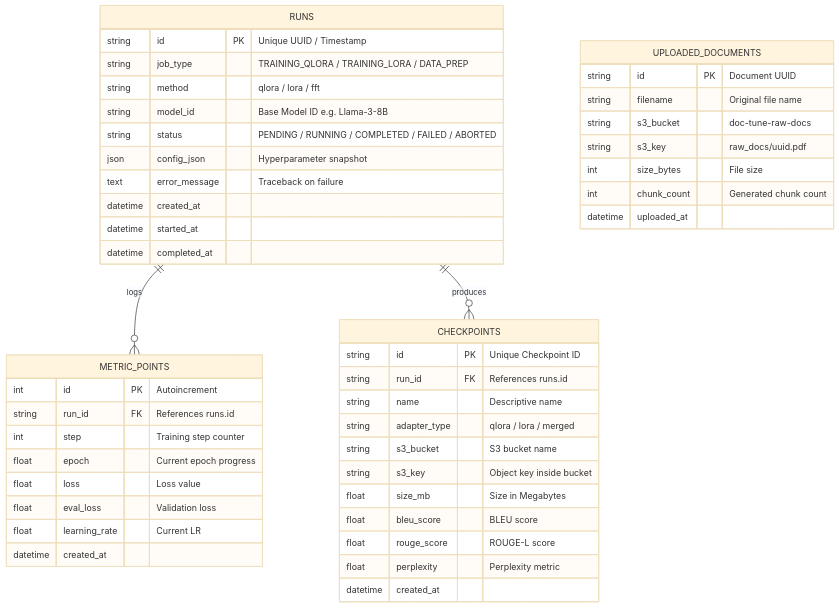
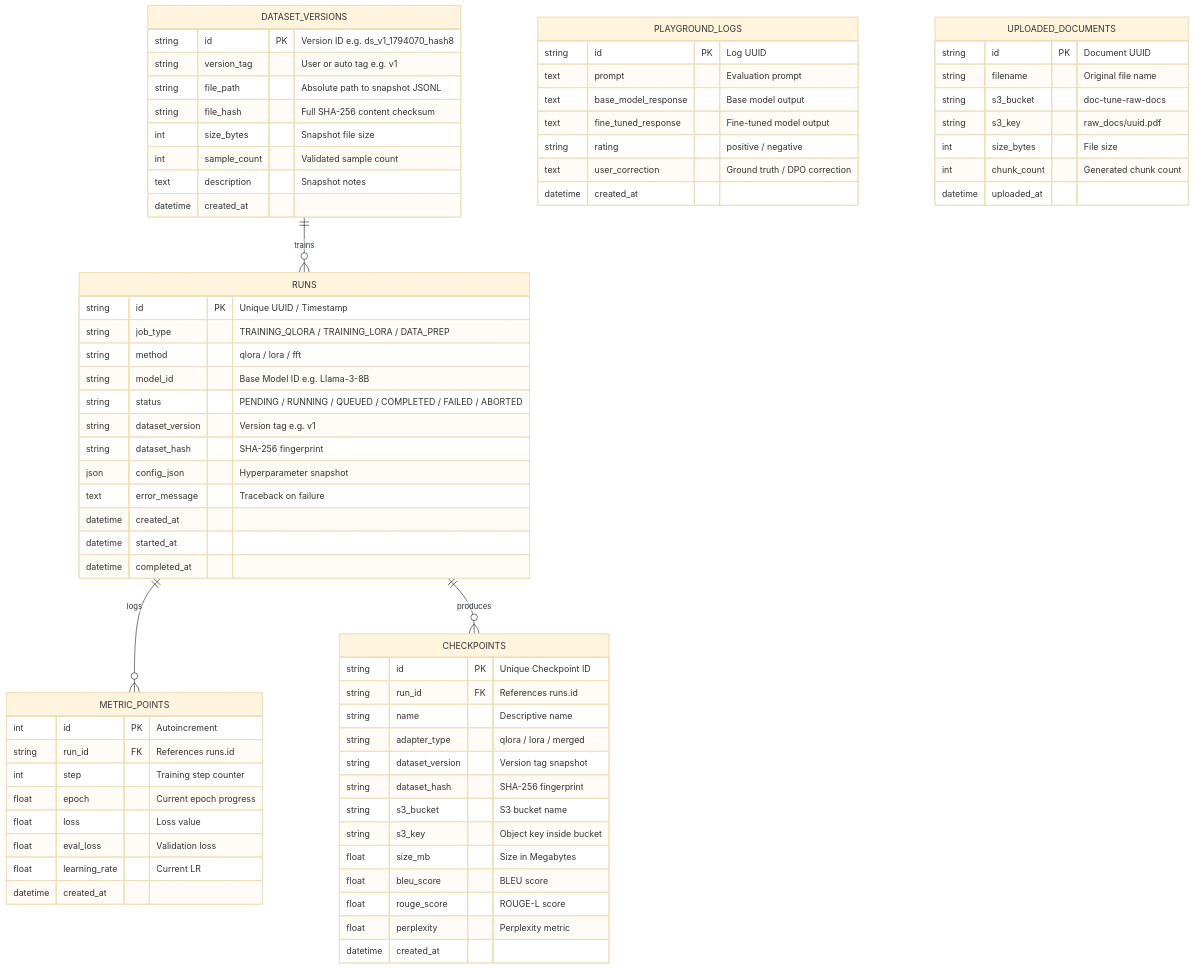
The diagram in docs/architecture/data-and-storage.md (Niccher/DocTune), drawn with Mermaid (base theme) before and after one commit. The commit also changed 30 other files, not shown here.

````diff
--- a/docs/architecture/data-and-storage.md
+++ b/docs/architecture/data-and-storage.md
@@ -9,53 +9,79 @@
 ```mermaid
 erDiagram
     RUNS ||--o{ METRIC_POINTS : logs
     RUNS ||--o{ CHECKPOINTS : produces
+    DATASET_VERSIONS ||--o{ RUNS : trains
 
     RUNS {
         string id PK "Unique UUID / Timestamp"
         string job_type "TRAINING_QLORA / TRAINING_LORA / DATA_PREP"
         string method "qlora / lora / fft"
         string model_id "Base Model ID e.g. Llama-3-8B"
-        string status "PENDING / RUNNING / COMPLETED / FAILED / ABORTED"
+        string status "PENDING / RUNNING / QUEUED / COMPLETED / FAILED / ABORTED"
+        string dataset_version "Version tag e.g. v1"
+        string dataset_hash "SHA-256 fingerprint"
         json config_json "Hyperparameter snapshot"
         text error_message "Traceback on failure"
         datetime created_at
         datetime started_at
         datetime completed_at
+    }
+
+    DATASET_VERSIONS {
+        string id PK "Version ID e.g. ds_v1_1794070_hash8"
+        string version_tag "User or auto tag e.g. v1"
+        string file_path "Absolute path to snapshot JSONL"
+        string file_hash "Full SHA-256 content checksum"
+        int size_bytes "Snapshot file size"
+        int sample_count "Validated sample count"
+        text description "Snapshot notes"
+        datetime created_at
     }
 
     METRIC_POINTS {
         int id PK "Autoincrement"
         string run_id FK "References runs.id"
         int step "Training step counter"
         float epoch "Current epoch progress"
         float loss "Loss value"
         float eval_loss "Validation loss"
         float learning_rate "Current LR"
         datetime created_at
     }
 
     CHECKPOINTS {
         string id PK "Unique Checkpoint ID"
         string run_id FK "References runs.id"
         string name "Descriptive name"
         string adapter_type "qlora / lora / merged"
+        string dataset_version "Version tag snapshot"
+        string dataset_hash "SHA-256 fingerprint"
         string s3_bucket "S3 bucket name"
         string s3_key "Object key inside bucket"
         float size_mb "Size in Megabytes"
         float bleu_score "BLEU score"
         float rouge_score "ROUGE-L score"
         float perplexity "Perplexity metric"
+        datetime created_at
+    }
+
+    PLAYGROUND_LOGS {
+        string id PK "Log UUID"
+        text prompt "Evaluation prompt"
+        text base_model_response "Base model output"
+        text fine_tuned_response "Fine-tuned model output"
+        string rating "positive / negative"
+        text user_correction "Ground truth / DPO correction"
         datetime created_at
     }
 
     UPLOADED_DOCUMENTS {
         string id PK "Document UUID"
         string filename "Original file name"
         string s3_bucket "doc-tune-raw-docs"
         string s3_key "raw_docs/uuid.pdf"
         int size_bytes "File size"
         int chunk_count "Generated chunk count"
         datetime uploaded_at
     }
 ```
````
